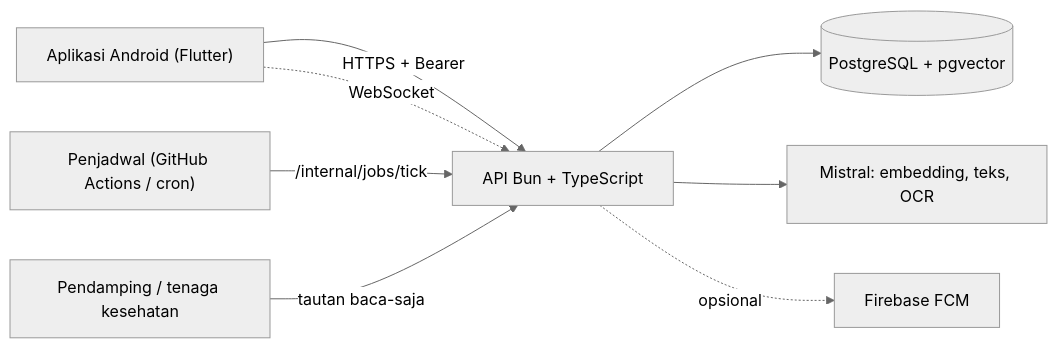
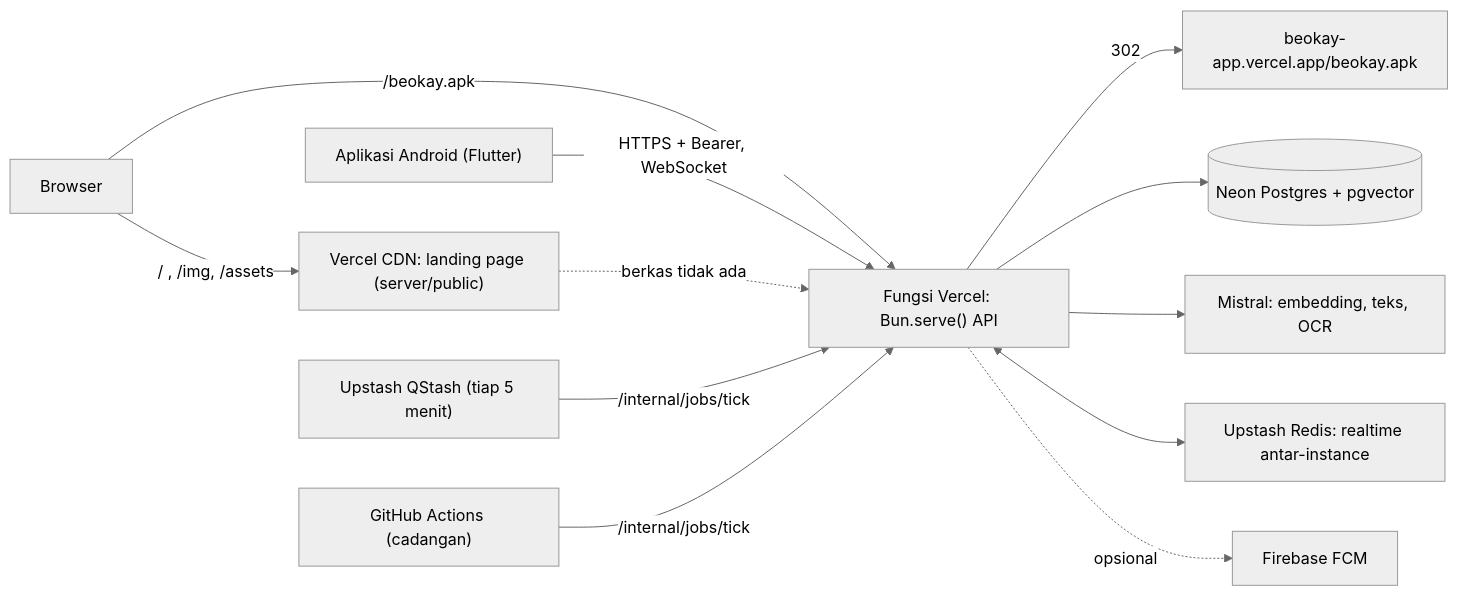
Before and after one commit to misbahul45/beOkay: the diagram in README.md, drawn with Mermaid (neutral theme). The commit also changed other lines of this file and 96 other files, not shown here.

First line of the commit message:
feat: initialize landing page with Tailwind CSS and Figtree font

````diff
--- a/README.md
+++ b/README.md
@@ -36,10 +59,14 @@
 ```mermaid
 flowchart LR
-  App["Aplikasi Android (Flutter)"] -->|"HTTPS + Bearer"| API["API Bun + TypeScript"]
-  App -. WebSocket .-> API
-  API --> DB[("PostgreSQL + pgvector")]
-  API --> LLM["Mistral: embedding, teks, OCR"]
-  API -. opsional .-> FCM["Firebase FCM"]
-  Sched["Penjadwal (GitHub Actions / cron)"] -->|"/internal/jobs/tick"| API
-  Pendamping["Pendamping / tenaga kesehatan"] -->|"tautan baca-saja"| API
+  Browser["Browser"] -->|"/ , /img, /assets"| CDN["Vercel CDN: landing page (server/public)"]
+  Browser -->|"/beokay.apk"| Fn
+  App["Aplikasi Android (Flutter)"] -->|"HTTPS + Bearer, WebSocket"| Fn["Fungsi Vercel: Bun.serve() API"]
+  CDN -. "berkas tidak ada" .-> Fn
+  Fn -->|"302"| APK["beokay-app.vercel.app/beokay.apk"]
+  Fn --> DB[("Neon Postgres + pgvector")]
+  Fn --> LLM["Mistral: embedding, teks, OCR"]
+  Fn <--> Redis["Upstash Redis: realtime antar-instance"]
+  QStash["Upstash QStash (tiap 5 menit)"] -->|"/internal/jobs/tick"| Fn
+  GHA["GitHub Actions (cadangan)"] -->|"/internal/jobs/tick"| Fn
+  Fn -. opsional .-> FCM["Firebase FCM"]
 ```
````
